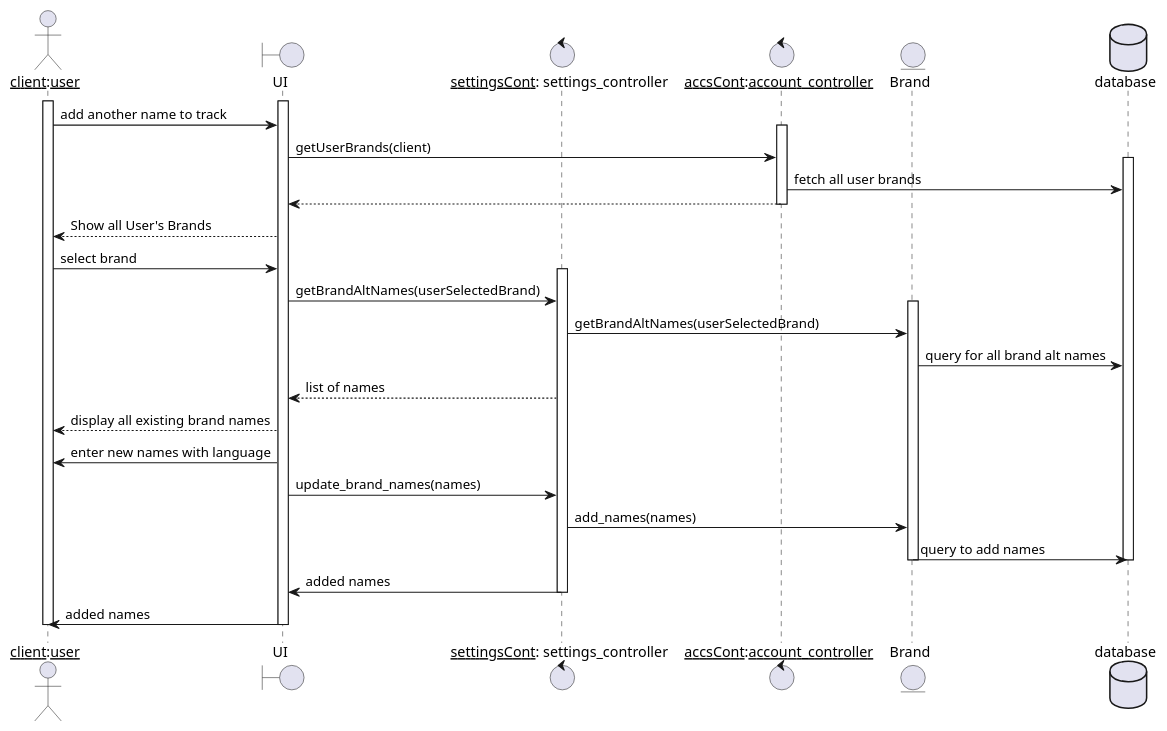
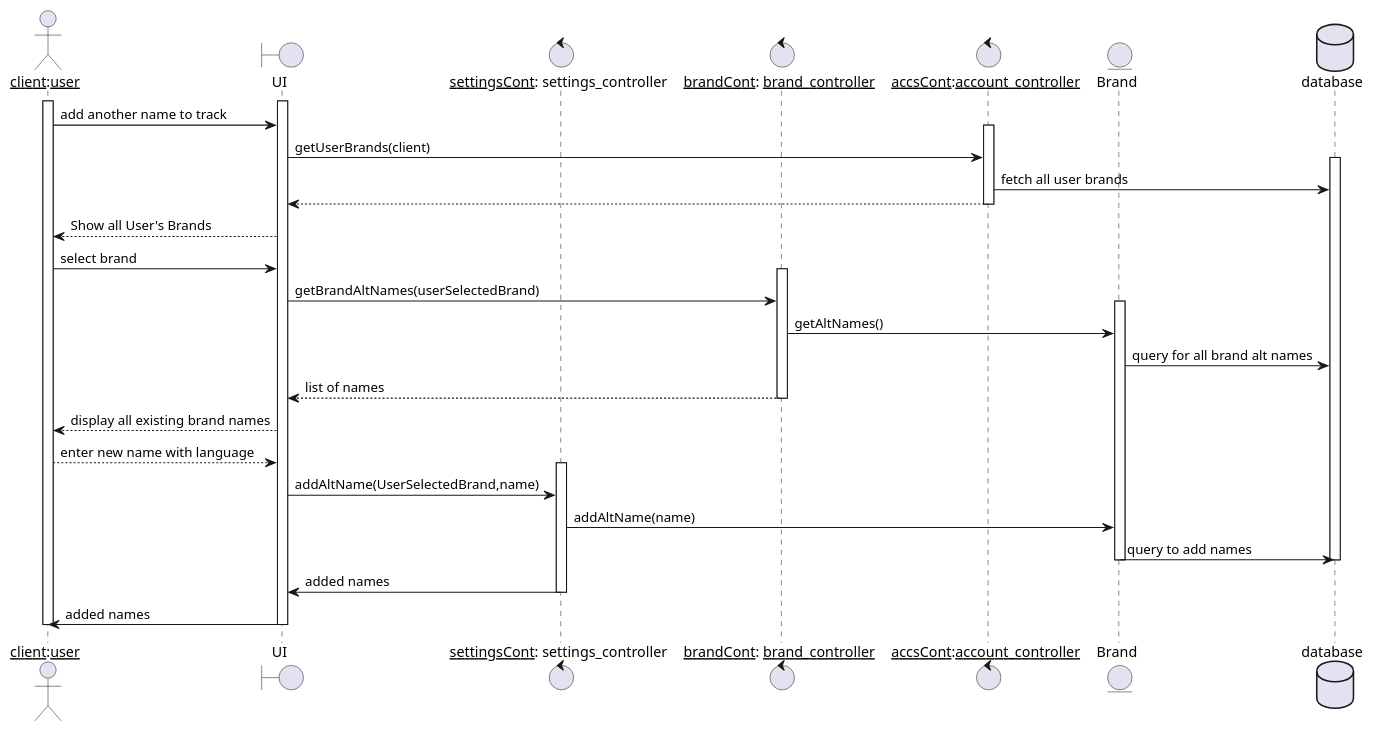
Before and after one commit to NadaaSelim/GP: the diagram in Graphs/sequence_settings_add_new_brand_name.puml, drawn with PlantUML. The commit also changed 3 other files, not shown here.

```diff
--- a/Graphs/sequence_settings_add_new_brand_name.puml
+++ b/Graphs/sequence_settings_add_new_brand_name.puml
@@ -1,41 +1,45 @@
 @startuml
 
 actor "__client__:__user__" as client
 boundary UI
 control "__settingsCont__: settings_controller" as SC
+control "__brandCont__: __brand_controller__" as BC
+
 control "__accsCont__:__account_controller__" as AC
 entity Brand
 database database
 
 activate client 
 activate UI
 client -> UI: add another name to track
 activate AC
 UI -> AC: getUserBrands(client)
 activate database
 AC -> database: fetch all user brands
 AC --> UI:
 deactivate AC
 UI --> client: Show all User's Brands
 UI <- client: select brand
+activate BC
+UI -> BC : getBrandAltNames(userSelectedBrand)
+activate Brand
+BC -> Brand: getAltNames()
+Brand -> database : query for all brand alt names
+BC --> UI: list of names
+deactivate BC
+UI --> client : display all existing brand names
+UI <-- client: enter new name with language
 activate SC
-UI -> SC : getBrandAltNames(userSelectedBrand)
-activate Brand
-SC -> Brand: getBrandAltNames(userSelectedBrand)
-Brand -> database : query for all brand alt names
-SC --> UI: list of names
-UI --> client : display all existing brand names
-UI -> client: enter new names with language
-UI -> SC: update_brand_names(names)
-SC -> Brand: add_names(names)
+UI -> SC: addAltName(UserSelectedBrand,name)
+SC -> Brand: addAltName(name)
 Brand -> database : query to add names
 deactivate database
 deactivate Brand
 SC -> UI : added names
 deactivate SC
 UI -> client: added names
 deactivate client 
 deactivate UI
 
 
 @enduml
```
